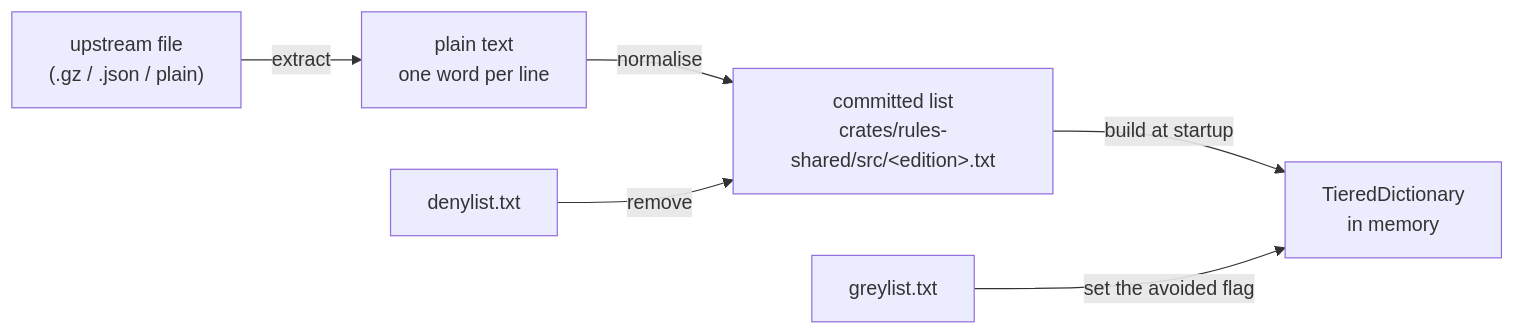
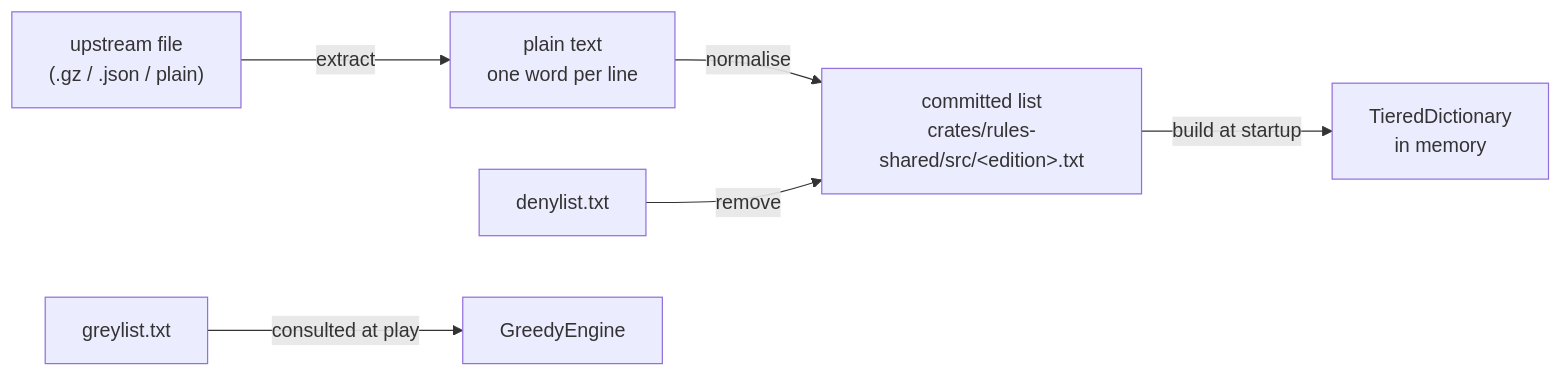
The diagram in docs/4.3.5-word-lists-and-dictionaries.md (delphside/tile-lite-elite), drawn with Mermaid before and after one commit. The commit also changed other lines of this file and 2 other files, not shown here.

````diff
--- a/docs/4.3.5-word-lists-and-dictionaries.md
+++ b/docs/4.3.5-word-lists-and-dictionaries.md
@@ -16,8 +24,8 @@
 ```mermaid
 flowchart LR
     U["upstream file<br/>(.gz / .json / plain)"] -->|extract| P["plain text<br/>one word per line"]
     P -->|normalise| C["committed list<br/>crates/rules-shared/src/&lt;edition&gt;.txt"]
     D["denylist.txt"] -->|remove| C
     C -->|build at startup| T["TieredDictionary<br/>in memory"]
-    G["greylist.txt"] -->|set the avoided flag| T
+    G["greylist.txt"] -->|consulted at play| E["GreedyEngine"]
 ```
````
